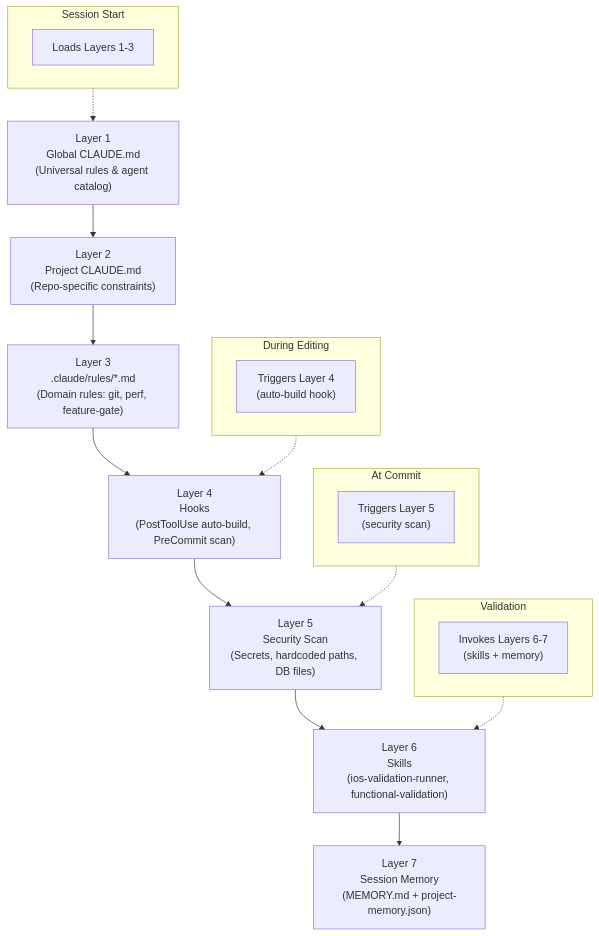
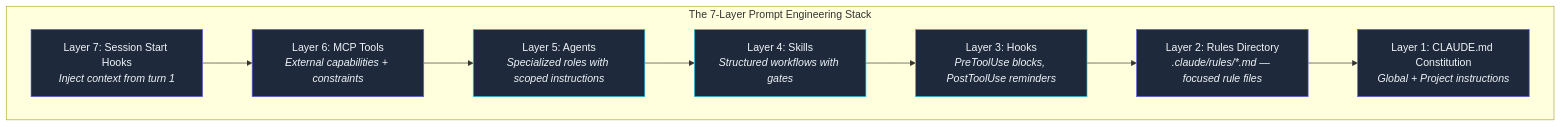
Before and after one commit to krzemienski/withagents: the first of 3 diagrams in posts/post-07-prompt-engineering-stack/post.md, drawn with Mermaid. The commit also changed other lines of this file and 362 other files, not shown here.

````diff
--- a/posts/post-07-prompt-engineering-stack/post.md
+++ b/posts/post-07-prompt-engineering-stack/post.md
@@ -47,42 +46,27 @@
 ```mermaid
-flowchart TD
-    L1["Layer 1\nGlobal CLAUDE.md\n(Universal rules &amp; agent catalog)"]
-    L2["Layer 2\nProject CLAUDE.md\n(Repo-specific constraints)"]
-    L3["Layer 3\n.claude/rules/*.md\n(Domain rules: git, perf, feature-gate)"]
-    L4["Layer 4\nHooks\n(PostToolUse auto-build, PreCommit scan)"]
-    L5["Layer 5\nSecurity Scan\n(Secrets, hardcoded paths, DB files)"]
-    L6["Layer 6\nSkills\n(ios-validation-runner, functional-validation)"]
-    L7["Layer 7\nSession Memory\n(MEMORY.md + project-memory.json)"]
-
-    L1 --> L2
-    L2 --> L3
-    L3 --> L4
-    L4 --> L5
-    L5 --> L6
-    L6 --> L7
-
-    subgraph SessionStart["Session Start"]
-        direction LR
-        SS["Loads Layers 1-3"]
+graph TB
+    subgraph "The 7-Layer Prompt Engineering Stack"
+        L7["Layer 7: Session Start Hooks<br/><i>Inject context from turn 1</i>"]
+        L6["Layer 6: MCP Tools<br/><i>External capabilities + constraints</i>"]
+        L5["Layer 5: Agents<br/><i>Specialized roles with scoped instructions</i>"]
+        L4["Layer 4: Skills<br/><i>Structured workflows with gates</i>"]
+        L3["Layer 3: Hooks<br/><i>PreToolUse blocks, PostToolUse reminders</i>"]
+        L2["Layer 2: Rules Directory<br/><i>.claude/rules/*.md — focused rule files</i>"]
+        L1["Layer 1: CLAUDE.md Constitution<br/><i>Global + Project instructions</i>"]
     end
 
-    subgraph DuringEdit["During Editing"]
-        direction LR
-        DE["Triggers Layer 4\n(auto-build hook)"]
-    end
+    L7 --> L6
+    L6 --> L5
+    L5 --> L4
+    L4 --> L3
+    L3 --> L2
+    L2 --> L1
 
-    subgraph AtCommit["At Commit"]
-        direction LR
-        AC["Triggers Layer 5\n(security scan)"]
-    end
-
-    subgraph Validation["Validation"]
-        direction LR
-        VA["Invokes Layers 6-7\n(skills + memory)"]
-    end
-
-    SessionStart -.-> L1
-    DuringEdit -.-> L4
-    AtCommit -.-> L5
-    Validation -.-> L6
+    style L1 fill:#1e293b,stroke:#6366f1,color:#f1f5f9
+    style L2 fill:#1e293b,stroke:#6366f1,color:#f1f5f9
+    style L3 fill:#1e293b,stroke:#22d3ee,color:#f1f5f9
+    style L4 fill:#1e293b,stroke:#22d3ee,color:#f1f5f9
+    style L5 fill:#1e293b,stroke:#22d3ee,color:#f1f5f9
+    style L6 fill:#1e293b,stroke:#6366f1,color:#f1f5f9
+    style L7 fill:#1e293b,stroke:#6366f1,color:#f1f5f9
 ```
````
